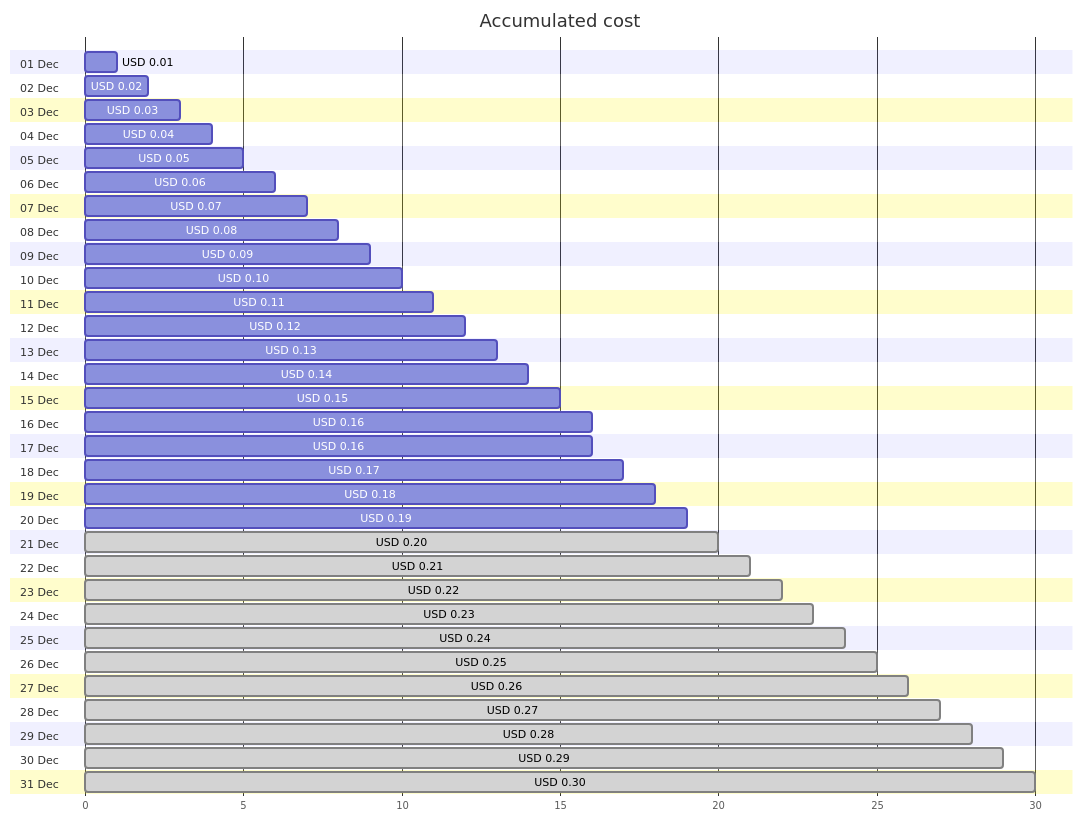
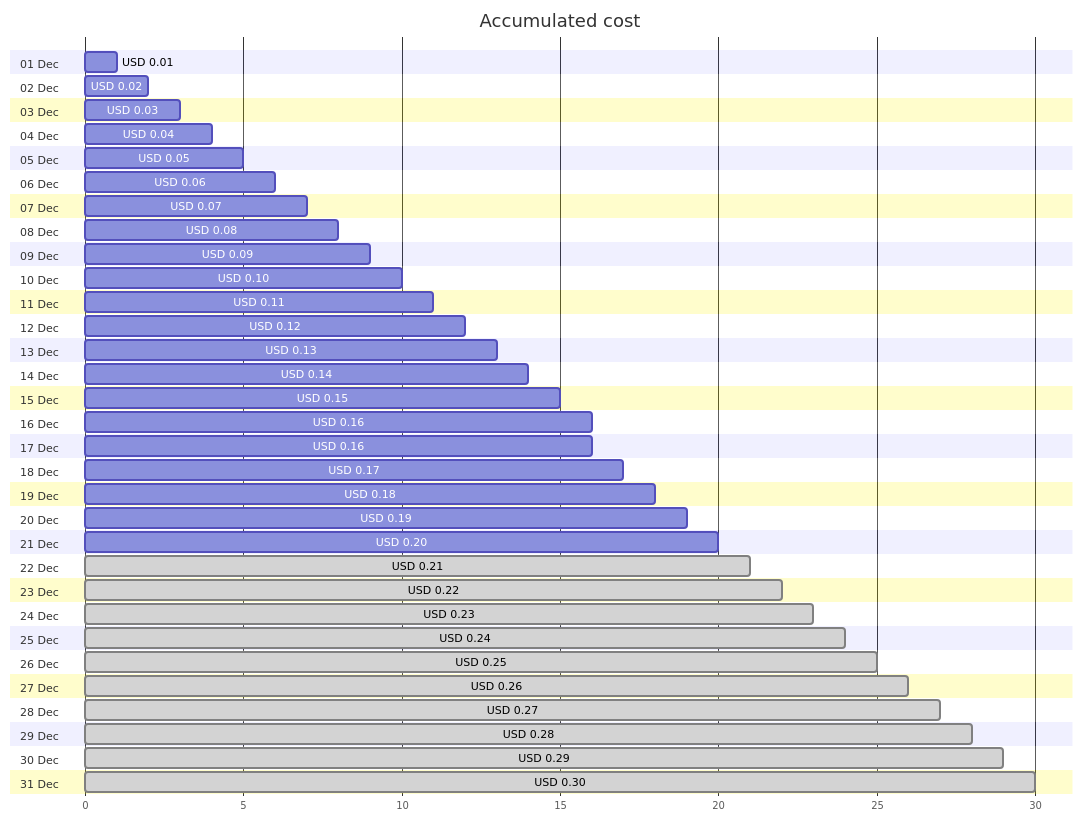
One commit to jpfulton/azure-personal-reports changed the first of 4 diagrams in cost-reports/cloud-shell-storage-eastus/README.md. Above: the diagram before and after it, drawn with Mermaid. The commit also changed other lines of this file and 1 other file, not shown here.

````diff
--- a/cost-reports/cloud-shell-storage-eastus/README.md
+++ b/cost-reports/cloud-shell-storage-eastus/README.md
@@ -20,68 +20,68 @@
 ```mermaid
 gantt
    title Accumulated cost
    dateFormat  X
    axisFormat %s
    section 01 Dec
    USD 0.01 :0, 1
    section 02 Dec
    USD 0.02 :0, 2
    section 03 Dec
    USD 0.03 :0, 3
    section 04 Dec
    USD 0.04 :0, 4
    section 05 Dec
    USD 0.05 :0, 5
    section 06 Dec
    USD 0.06 :0, 6
    section 07 Dec
    USD 0.07 :0, 7
    section 08 Dec
    USD 0.08 :0, 8
    section 09 Dec
    USD 0.09 :0, 9
    section 10 Dec
    USD 0.10 :0, 10
    section 11 Dec
    USD 0.11 :0, 11
    section 12 Dec
    USD 0.12 :0, 12
    section 13 Dec
    USD 0.13 :0, 13
    section 14 Dec
    USD 0.14 :0, 14
    section 15 Dec
    USD 0.15 :0, 15
    section 16 Dec
    USD 0.16 :0, 16
    section 17 Dec
    USD 0.16 :0, 16
    section 18 Dec
    USD 0.17 :0, 17
    section 19 Dec
    USD 0.18 :0, 18
    section 20 Dec
    USD 0.19 :0, 19
    section 21 Dec
-   USD 0.20 : done, 0, 20
+   USD 0.20 :0, 20
    section 22 Dec
    USD 0.21 : done, 0, 21
    section 23 Dec
    USD 0.22 : done, 0, 22
    section 24 Dec
    USD 0.23 : done, 0, 23
    section 25 Dec
    USD 0.24 : done, 0, 24
    section 26 Dec
    USD 0.25 : done, 0, 25
    section 27 Dec
    USD 0.26 : done, 0, 26
    section 28 Dec
    USD 0.27 : done, 0, 27
    section 29 Dec
    USD 0.28 : done, 0, 28
    section 30 Dec
    USD 0.29 : done, 0, 29
    section 31 Dec
    USD 0.30 : done, 0, 30
 ```
````
